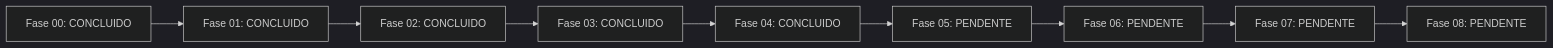
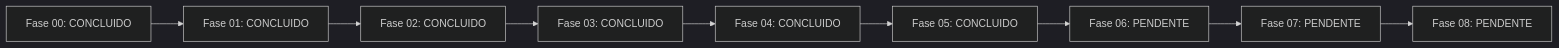
The diagram in JORNADA_IMPLEMENTACAO.md (jhsfhtls/dbt-dataops-governance-engine), drawn with Mermaid (dark theme) before and after one commit. The commit also changed other lines of this file and 26 other files, not shown here.

````diff
--- a/JORNADA_IMPLEMENTACAO.md
+++ b/JORNADA_IMPLEMENTACAO.md
@@ -24,20 +24,20 @@
 ```mermaid
 flowchart LR
     P00["Fase 00: CONCLUIDO"]
     P01["Fase 01: CONCLUIDO"]
     P02["Fase 02: CONCLUIDO"]
     P03["Fase 03: CONCLUIDO"]
     P04["Fase 04: CONCLUIDO"]
-    P05["Fase 05: PENDENTE"]
+    P05["Fase 05: CONCLUIDO"]
     P06["Fase 06: PENDENTE"]
     P07["Fase 07: PENDENTE"]
     P08["Fase 08: PENDENTE"]
     P00 --> P01
     P01 --> P02
     P02 --> P03
     P03 --> P04
     P04 --> P05
     P05 --> P06
     P06 --> P07
     P07 --> P08
 ```
````
